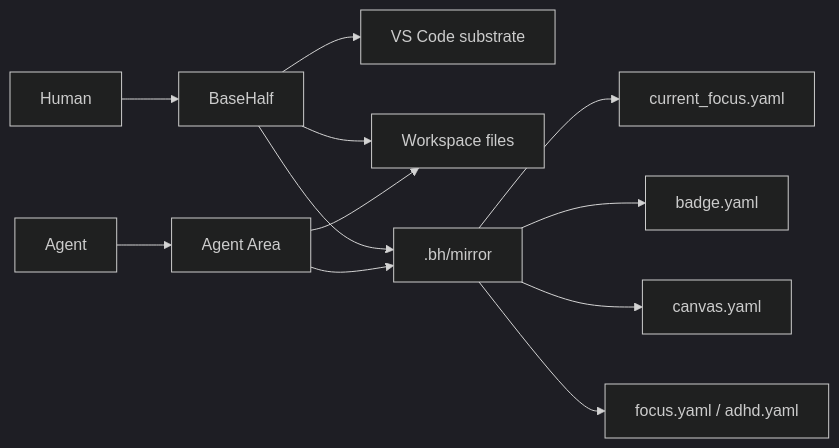
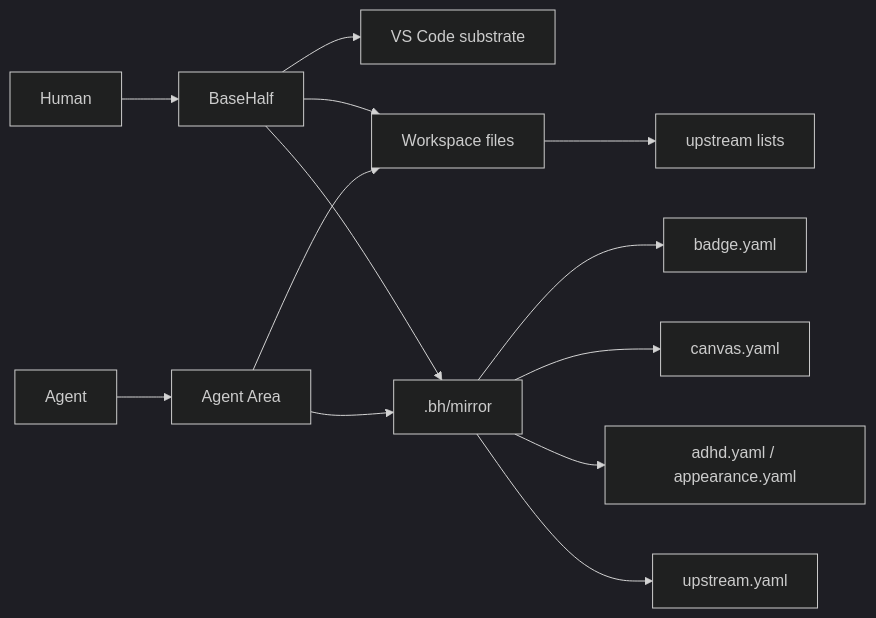
One commit to Pointa-Labs/basehalf changed the diagram in README.md. Above: the diagram before and after it, drawn with Mermaid (dark theme). The commit also changed other lines of this file and 22 other files, not shown here.

First line of the commit message:
docs(references): specify downstream-owned references and retire focus mirror

````diff
--- a/README.md
+++ b/README.md
@@ -106,16 +114,17 @@
 ```mermaid
 flowchart LR
   human["Human"] --> app["BaseHalf"]
   app --> substrate["VS Code substrate"]
   app --> files["Workspace files"]
   app --> mirror[".bh/mirror"]
 
   agent["Agent"] --> area["Agent Area"]
   area --> files
   area --> mirror
 
-  mirror --> focus["current_focus.yaml"]
+  files --> upstream["upstream lists"]
   mirror --> badge["badge.yaml"]
   mirror --> canvas["canvas.yaml"]
-  mirror --> aids["focus.yaml / adhd.yaml"]
+  mirror --> aids["adhd.yaml / appearance.yaml"]
+  mirror --> sidecar["upstream.yaml"]
 ```
````
